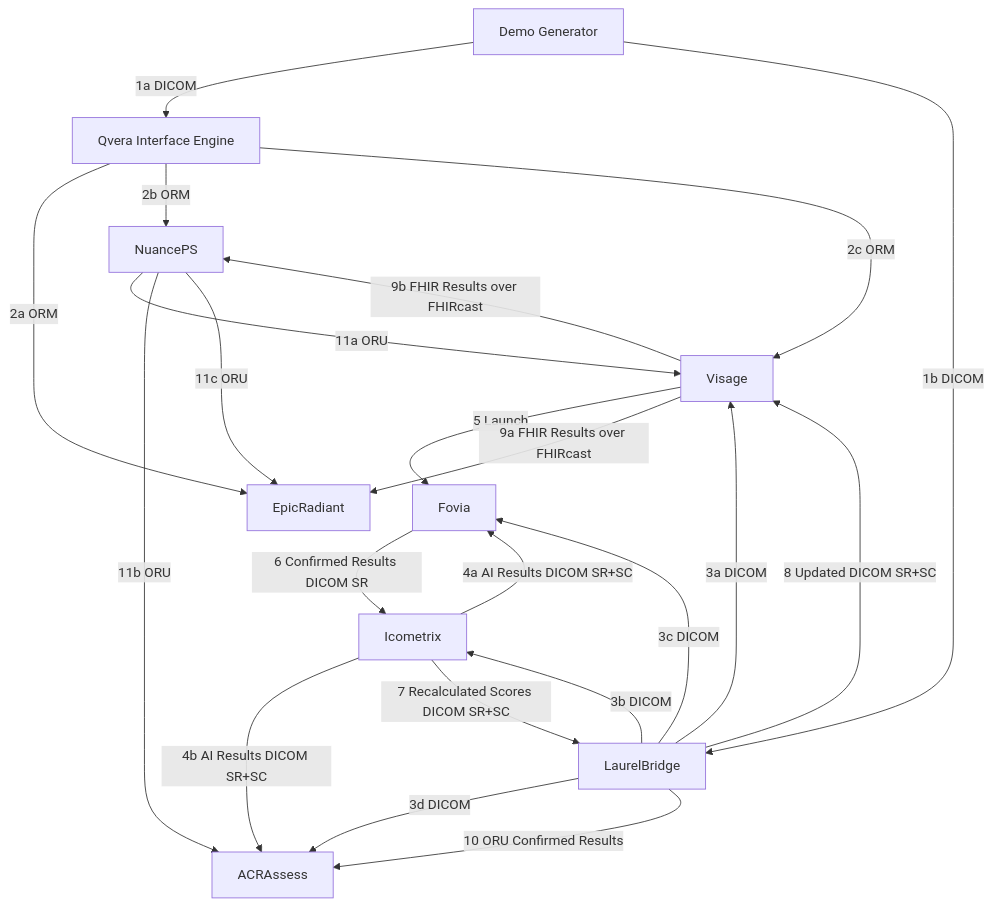
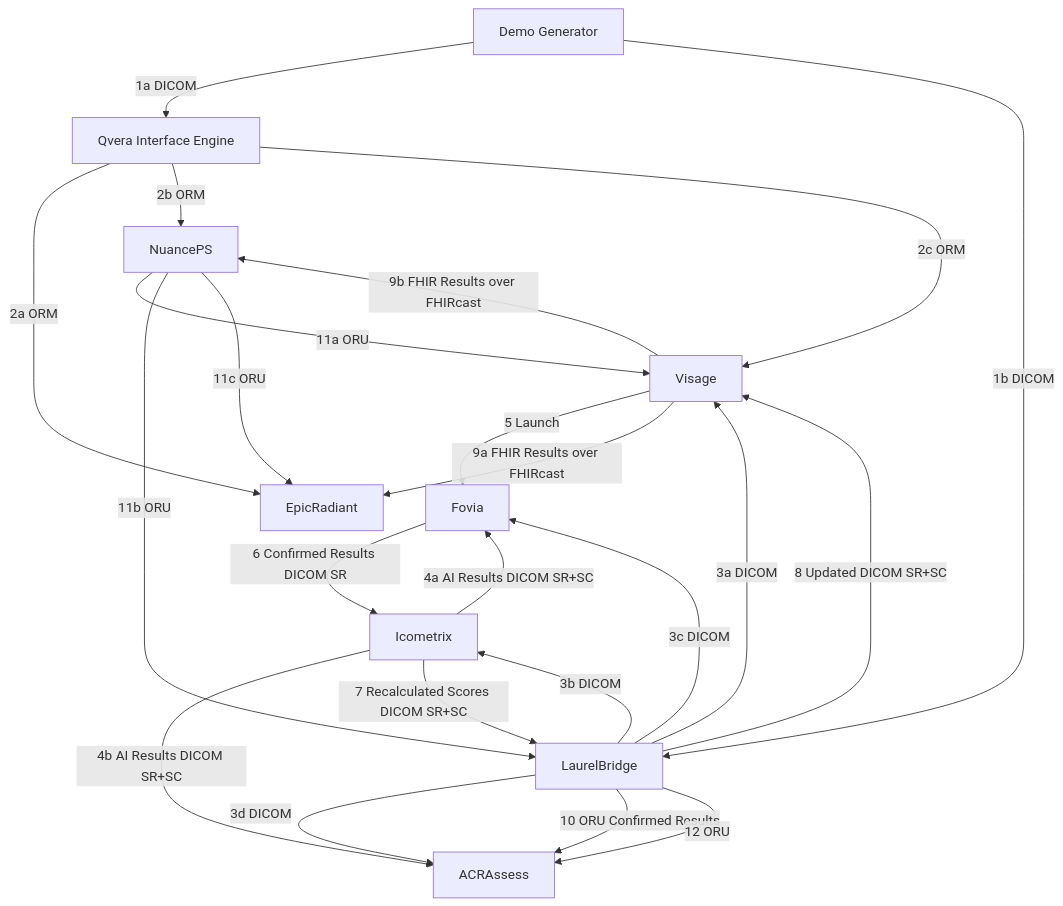
The diagram in quimby/diagram-brain-scan2.md (mohannadhussain/rsna-2024-rr-demo), drawn with Mermaid before and after one commit.

Commit message:
Update diagram-brain-scan2.md
Passing Nuance data through Laurel Bridge to ACR

````diff
--- a/quimby/diagram-brain-scan2.md
+++ b/quimby/diagram-brain-scan2.md
@@ -4,34 +4,36 @@
 ```mermaid
 flowchart TD
     Generator[Demo Generator] --> |1a DICOM| QveraIE[Qvera Interface Engine]
     Generator --> |1b DICOM| LaurelBridge
 
     QveraIE --> |2a ORM| EpicRadiant
     QveraIE --> |2b ORM| NuancePS
     QveraIE --> |2c ORM| Visage
 
     LaurelBridge --> |3a DICOM| Visage
     LaurelBridge --> |3b DICOM| Icometrix
     LaurelBridge --> |3c DICOM| Fovia
     LaurelBridge --> |3d DICOM| ACRAssess
     
     Icometrix --> |4a AI Results DICOM SR+SC| Fovia
     Icometrix --> |4b AI Results DICOM SR+SC| ACRAssess
 
     Visage --> |5 Launch| Fovia
 
     Fovia --> |6 Confirmed Results DICOM SR| Icometrix
 
     Icometrix --> |7 Recalculated Scores DICOM SR+SC| LaurelBridge
 
     LaurelBridge --> |8 Updated DICOM SR+SC| Visage
 
     Visage --> |9a FHIR Results over FHIRcast| EpicRadiant
     Visage --> |9b FHIR Results over FHIRcast| NuancePS
 
     LaurelBridge --> |10 ORU Confirmed Results| ACRAssess
 
     NuancePS --> |11a ORU| Visage
-    NuancePS --> |11b ORU| ACRAssess
+    NuancePS --> |11b ORU| LaurelBridge
     NuancePS --> |11c ORU| EpicRadiant
+
+    LaurelBridge --> |12 ORU| ACRAssess
 ```
````
